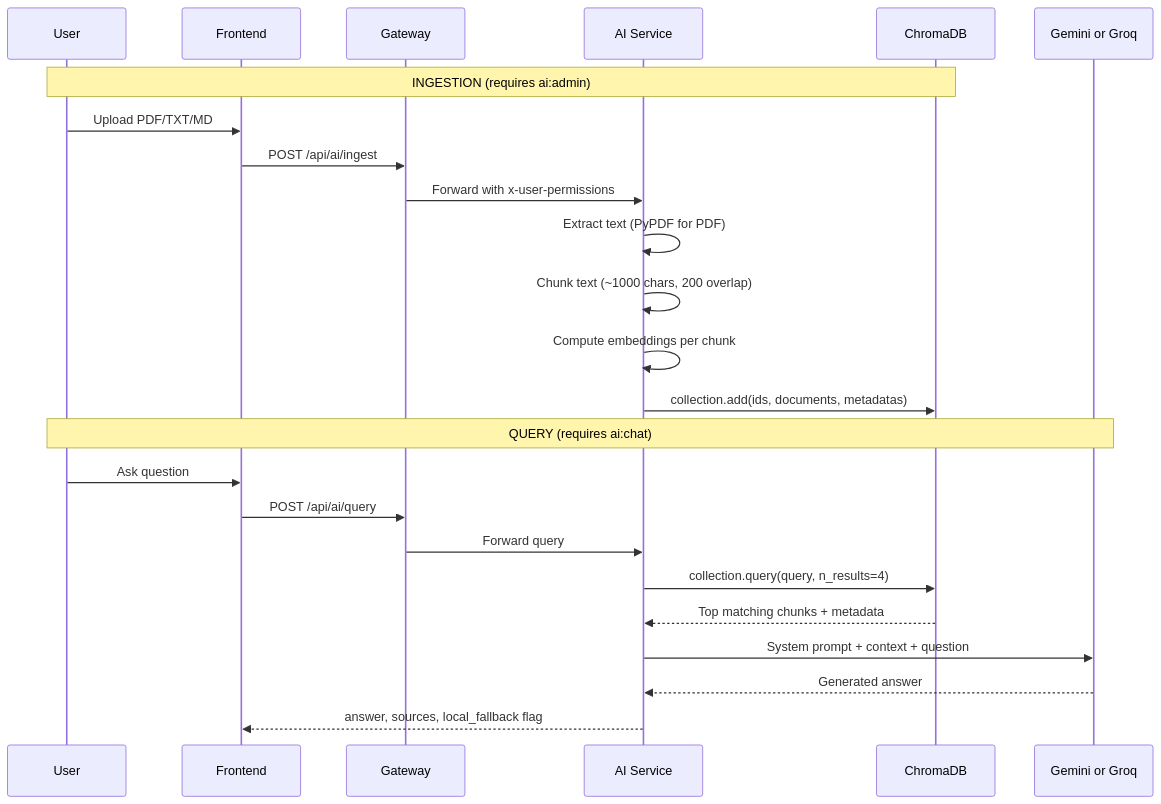
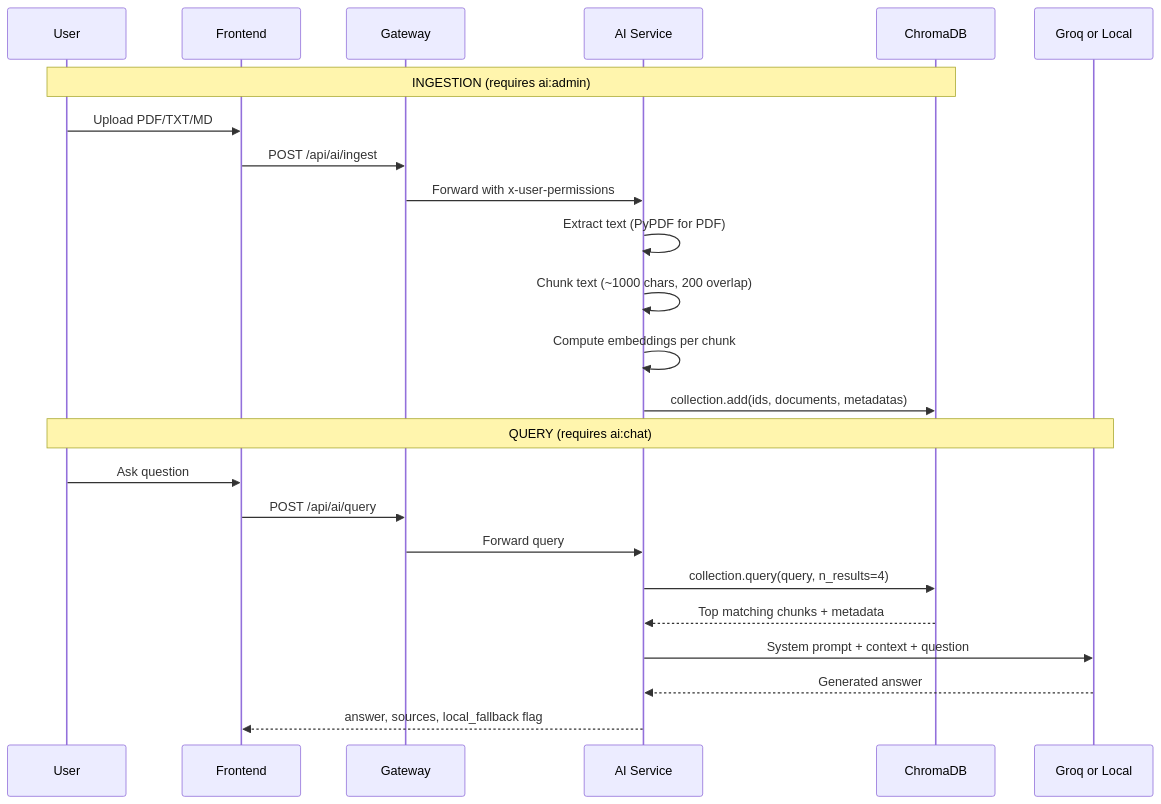
One commit to Mahesh-65/anu-ai changed the second of 3 diagrams in APPLICATION.md. Above: the diagram before and after it, drawn with Mermaid. The commit also changed other lines of this file and 6 other files, not shown here.

Commit message:
architecture

````diff
--- a/APPLICATION.md
+++ b/APPLICATION.md
@@ -442,28 +442,28 @@
 ```mermaid
 sequenceDiagram
     participant User
     participant Frontend
     participant Gateway
     participant AI as AI Service
     participant Chroma as ChromaDB
-    participant LLM as Gemini or Groq
+    participant LLM as Groq or Local
 
     Note over User,Chroma: INGESTION (requires ai:admin)
     User->>Frontend: Upload PDF/TXT/MD
     Frontend->>Gateway: POST /api/ai/ingest
     Gateway->>AI: Forward with x-user-permissions
     AI->>AI: Extract text (PyPDF for PDF)
     AI->>AI: Chunk text (~1000 chars, 200 overlap)
     AI->>AI: Compute embeddings per chunk
     AI->>Chroma: collection.add(ids, documents, metadatas)
 
     Note over User,LLM: QUERY (requires ai:chat)
     User->>Frontend: Ask question
     Frontend->>Gateway: POST /api/ai/query
     Gateway->>AI: Forward query
     AI->>Chroma: collection.query(query, n_results=4)
     Chroma-->>AI: Top matching chunks + metadata
     AI->>LLM: System prompt + context + question
     LLM-->>AI: Generated answer
     AI-->>Frontend: answer, sources, local_fallback flag
 ```
````
